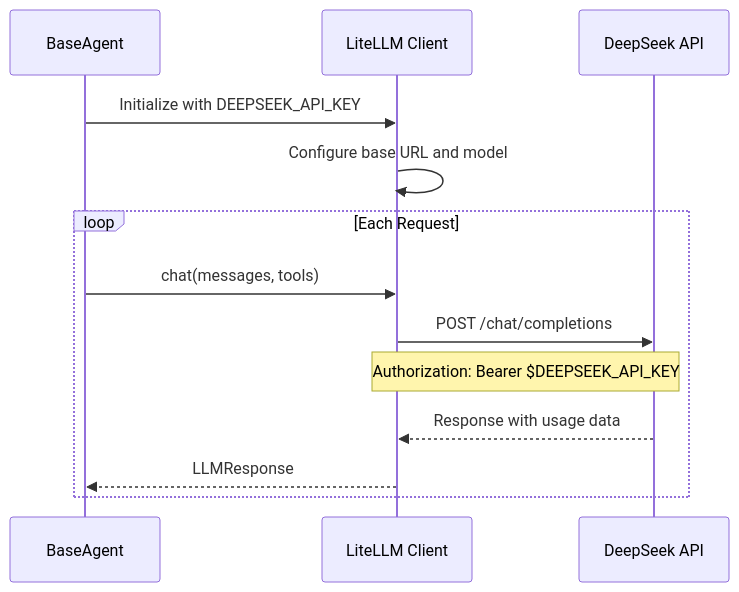
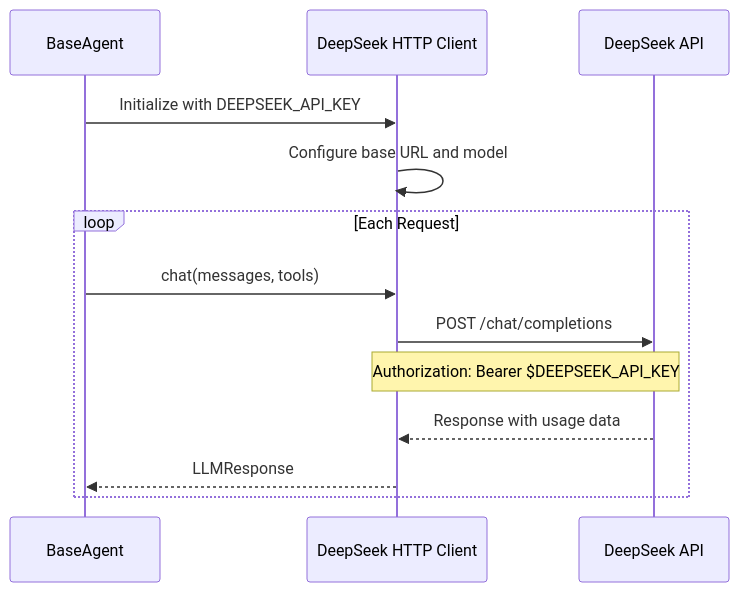
The diagram in docs/chutes-integration.md (BaseIntelligence/baseagent), drawn with Mermaid before and after one commit. The commit also changed other lines of this file and 9 other files, not shown here.

Commit message:
Update Harbor and DeepSeek docs

````diff
--- a/docs/chutes-integration.md
+++ b/docs/chutes-integration.md
@@ -48,17 +48,17 @@
 ```mermaid
 sequenceDiagram
     participant Agent as BaseAgent
-    participant Client as LiteLLM Client
+    participant Client as DeepSeek HTTP Client
     participant DeepSeek as DeepSeek API
 
     Agent->>Client: Initialize with DEEPSEEK_API_KEY
     Client->>Client: Configure base URL and model
     
     loop Each Request
         Agent->>Client: chat(messages, tools)
         Client->>DeepSeek: POST /chat/completions
         Note over Client,DeepSeek: Authorization: Bearer $DEEPSEEK_API_KEY
         DeepSeek-->>Client: Response with usage data
         Client-->>Agent: LLMResponse
     end
 ```
````
